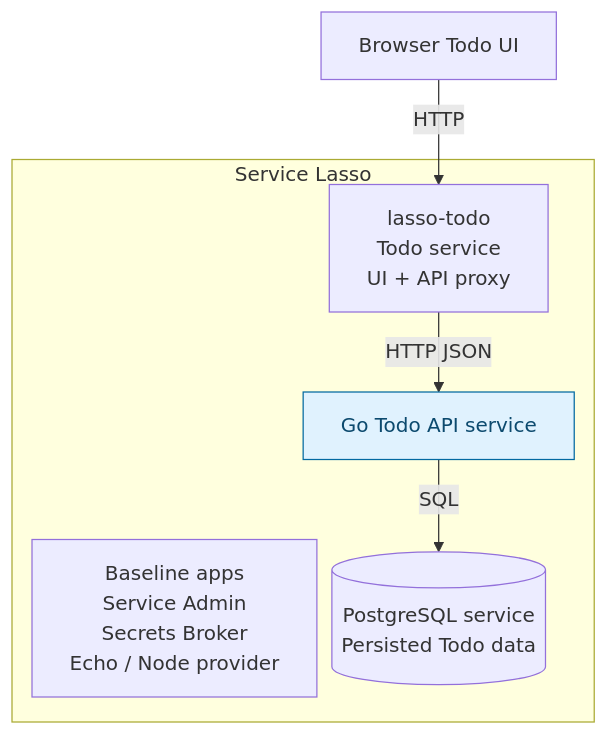
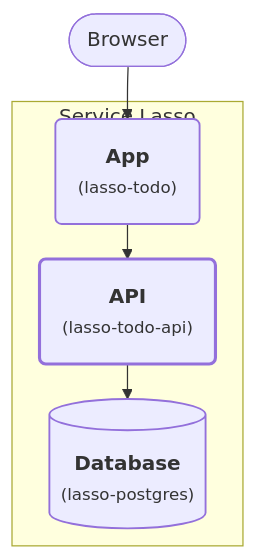
Before and after one commit to service-lasso/service-lasso: the diagram in docs/getting-started/advanced-add-go-todo-api-service.md, drawn with Mermaid. The commit also changed other lines of this file and 6 other files, not shown here.

Commit message:
docs: simplify tutorial architecture to purpose and service names

````diff
--- a/docs/getting-started/advanced-add-go-todo-api-service.md
+++ b/docs/getting-started/advanced-add-go-todo-api-service.md
@@ -19,18 +19,19 @@
 ```mermaid
-%%{init: {"flowchart": {"nodeSpacing": 12, "rankSpacing": 40}}}%%
+%%{init: {"flowchart": {"nodeSpacing": 24, "rankSpacing": 28, "padding": 18}, "themeVariables": {"fontFamily": "system-ui, sans-serif"}}}%%
 flowchart TB
-  accTitle: Stage 3: Add a managed Go API
-  accDescr: Service Lasso manages the Todo app from stage one alongside baseline apps. Stage two adds PostgreSQL. Stage three adds a Go API between the Todo service and database. JSON storage belongs to the Todo service and is not a separate service.
-  browser["Browser Todo UI"]
+  accTitle: Stage 3: Add the API
+  accDescr: The App calls the API, which reads and writes the Database. All application services run inside the Service Lasso boundary. Existing management and runtime services are listed in the adjacent table.
+  browser(["Browser"])
   subgraph lasso["Service Lasso"]
-    baseline["Baseline apps<br/>Service Admin<br/>Secrets Broker<br/>Echo / Node provider"]
-    todo["lasso-todo<br/>Todo service<br/>UI + API proxy"]
-    api["Go Todo API service"]
-    db[("PostgreSQL service<br/>Persisted Todo data")]
+    todo("<b>App</b><br/><small>(lasso-todo)</small>")
+    api("<b>API</b><br/><small>(lasso-todo-api)</small>")
+    db[("<b>Database</b><br/><small>(lasso-postgres)</small>")]
   end
-  browser -->|HTTP| todo
-  todo -->|HTTP JSON| api
-  api -->|SQL| db
-  classDef added fill:#e0f2fe,stroke:#0369a1,color:#0c4a6e
+  browser --> todo
+  todo --> api
+  api --> db
+  classDef service stroke-width:1.5px
+  classDef added stroke-width:2.5px
+  class todo,db,api service
   class api added
 ```
````
